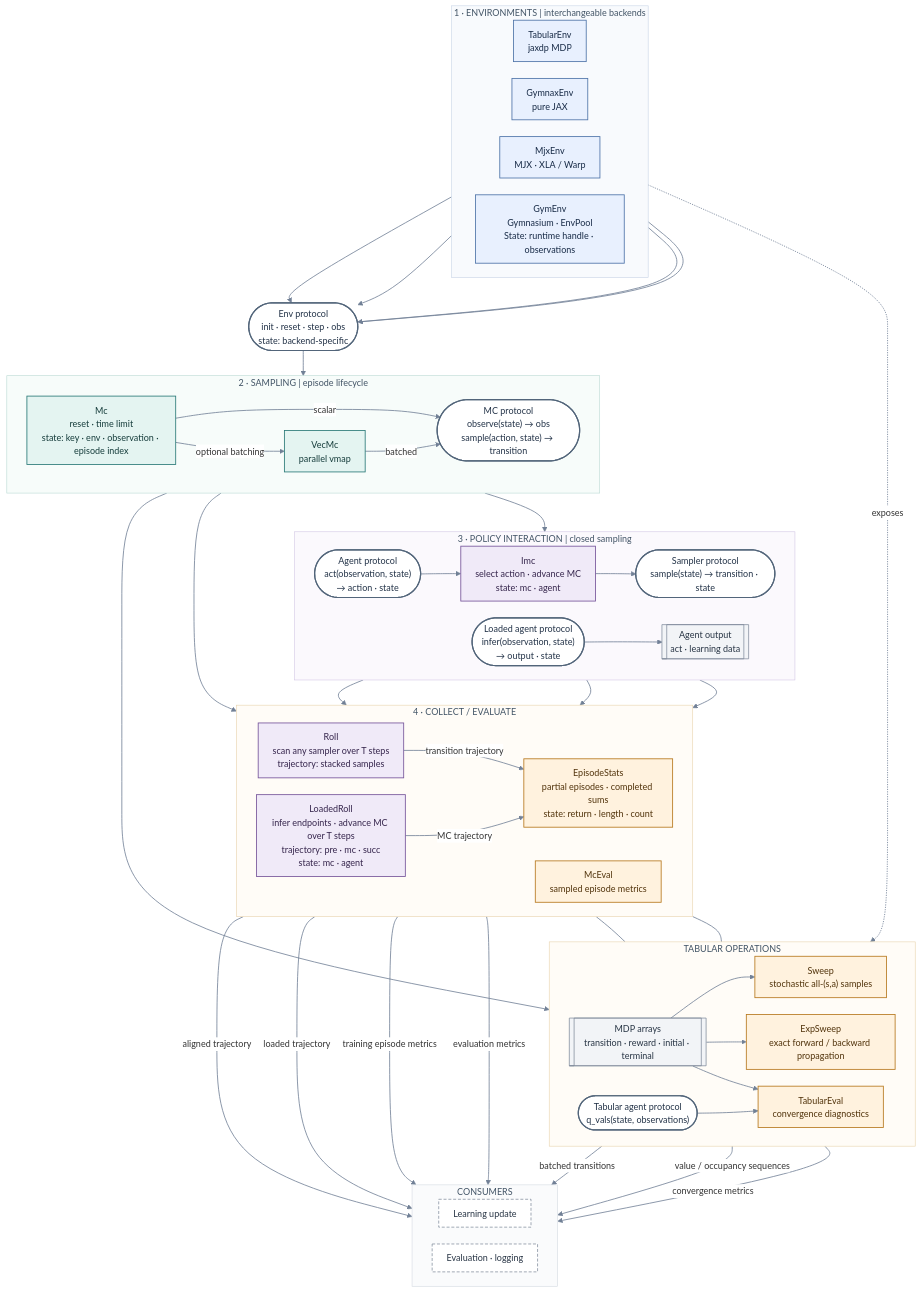
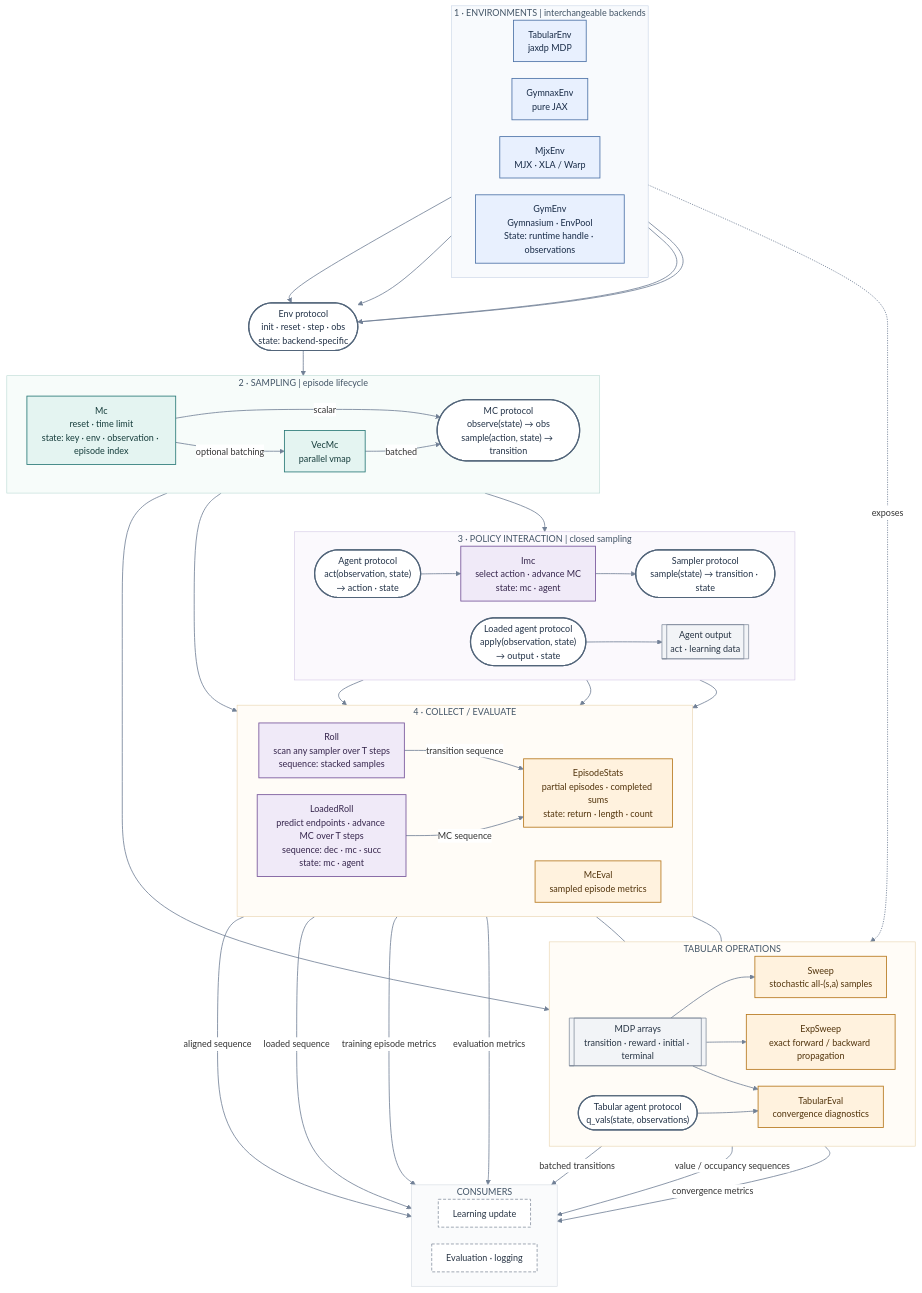
The first of 3 diagrams in doc/components.md (TolgaOk/jaxtor), drawn with Mermaid before and after one commit. The commit also changed other lines of this file and 4 other files, not shown here.

```diff
--- a/doc/components.md
+++ b/doc/components.md
@@ -38,7 +38,7 @@
         agent_api(["Agent protocol<br/>act(observation, state)<br/>→ action · state"])
         imc["Imc<br/>select action · advance MC<br/>state: mc · agent"]
         imc_api(["Sampler protocol<br/>sample(state) → transition · state"])
-        loaded_agent_api(["Loaded agent protocol<br/>infer(observation, state)<br/>→ output · state"])
+        loaded_agent_api(["Loaded agent protocol<br/>apply(observation, state)<br/>→ output · state"])
         output[["Agent output<br/>act · learning data"]]
         agent_api --> imc
         mc_api --> imc
@@ -48,8 +48,8 @@
 
     subgraph collection["4 · COLLECT / EVALUATE"]
         direction LR
-        roll["Roll<br/>scan any sampler over T steps<br/>trajectory: stacked samples"]
-        loaded_roll["LoadedRoll<br/>infer endpoints · advance MC over T steps<br/>trajectory: pre · mc · succ<br/>state: mc · agent"]
+        roll["Roll<br/>scan any sampler over T steps<br/>sequence: stacked samples"]
+        loaded_roll["LoadedRoll<br/>predict endpoints · advance MC over T steps<br/>sequence: dec · mc · succ<br/>state: mc · agent"]
         ep_stats["EpisodeStats<br/>partial episodes · completed sums<br/>state: return · length · count"]
         mc_eval["McEval<br/>sampled episode metrics"]
     end
@@ -58,8 +58,8 @@
     imc_api --> mc_eval
     output --> loaded_roll
     mc_api --> loaded_roll
-    roll -->|transition trajectory| ep_stats
-    loaded_roll -->|MC trajectory| ep_stats
+    roll -->|transition sequence| ep_stats
+    loaded_roll -->|MC sequence| ep_stats
 
     subgraph tabular_branch["TABULAR OPERATIONS"]
         direction LR
@@ -85,8 +85,8 @@
         report["Evaluation · logging"]
     end
 
-    roll -->|aligned trajectory| update
-    loaded_roll -->|loaded trajectory| update
+    roll -->|aligned sequence| update
+    loaded_roll -->|loaded sequence| update
     sweep -->|batched transitions| update
     exp_sweep -->|value / occupancy sequences| update
     ep_stats -->|training episode metrics| report
```
